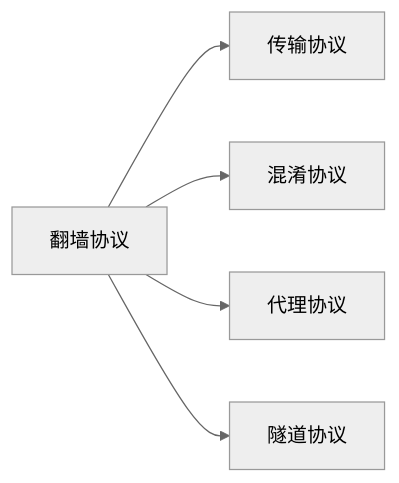
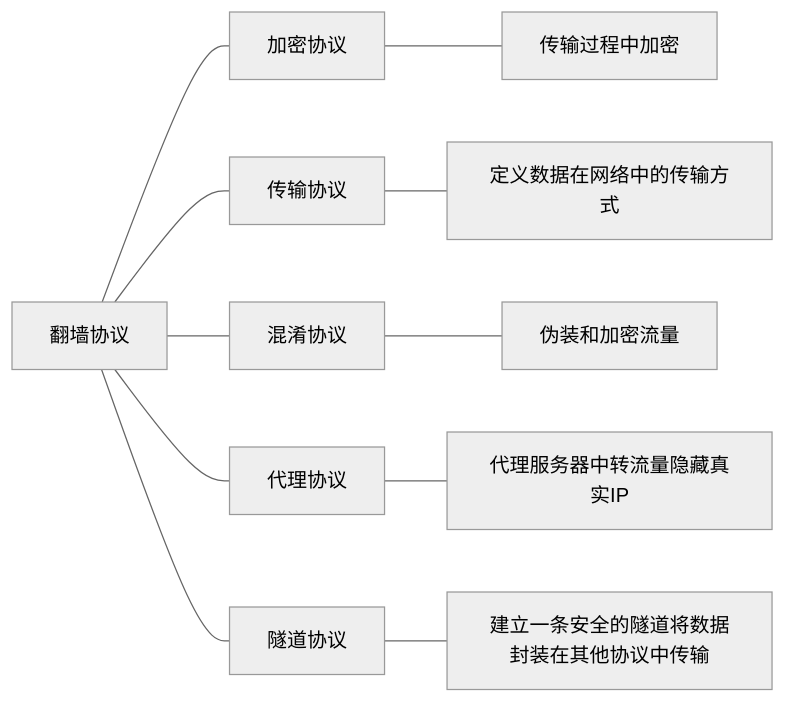
One commit to baib-web/flowershow changed the diagram in content/🛜科学上网/翻墙协议讲解.md. Above: the diagram before and after it, drawn with Mermaid (neutral theme). The commit also changed other lines of this file, not shown here.

````diff
--- a/content/🛜科学上网/翻墙协议讲解.md
+++ b/content/🛜科学上网/翻墙协议讲解.md
@@ -6,8 +9,13 @@
 ```mermaid
 flowchart LR
-翻墙协议 --> 传输协议
-翻墙协议 --> 混淆协议
-翻墙协议 --> 代理协议
-翻墙协议 --> 隧道协议
-
+翻墙协议 --- 加密协议
+加密协议 --- 传输过程中加密
+翻墙协议 --- 传输协议 
+传输协议 --- 定义数据在网络中的传输方式
+翻墙协议 --- 混淆协议 
+混淆协议 --- 伪装和加密流量
+翻墙协议 --- 代理协议 
+代理协议 --- 代理服务器中转流量隐藏真实IP
+翻墙协议 --- 隧道协议
+隧道协议 --- 建立一条安全的隧道将数据封装在其他协议中传输
 ```
````
